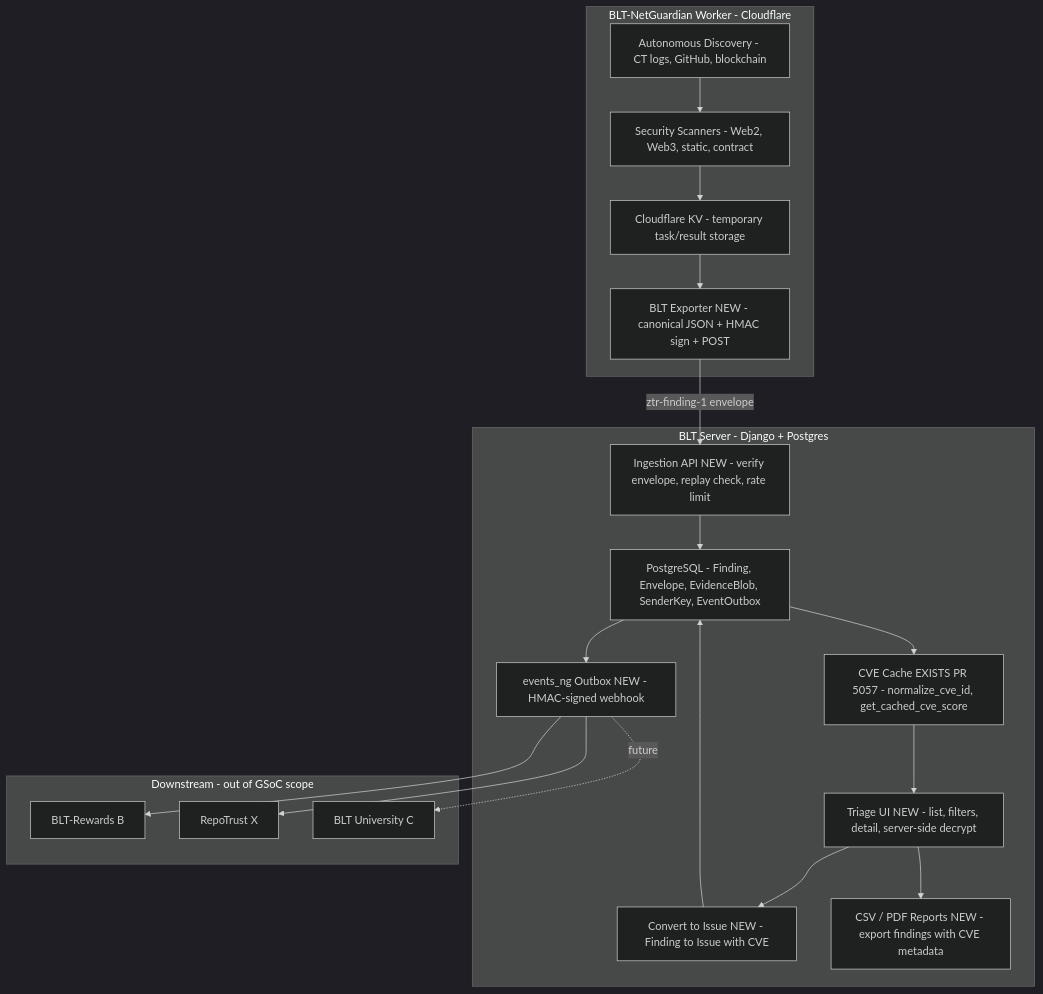
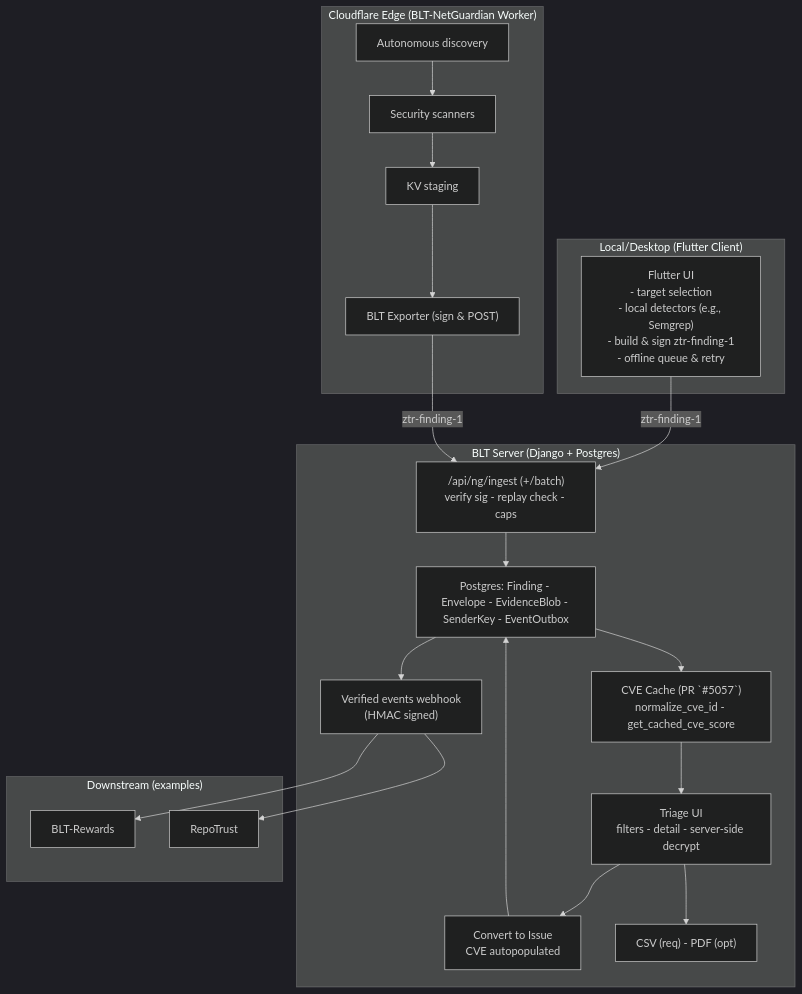
Before and after one commit to Pritz395/Just-the-approach-: the diagram in README.md, drawn with Mermaid (dark theme).

````diff
--- a/README.md
+++ b/README.md
@@ -38,40 +38,36 @@
 ```mermaid
 flowchart TB
-    subgraph Worker["BLT-NetGuardian Worker - Cloudflare"]
-        Discovery["Autonomous Discovery - CT logs, GitHub, blockchain"]
-        Scanners["Security Scanners - Web2, Web3, static, contract"]
-        KV["Cloudflare KV - temporary task/result storage"]
-        Exporter["BLT Exporter NEW - canonical JSON + HMAC sign + POST"]
-    end
+  subgraph Local["Local/Desktop (Flutter Client)"]
+    FC["Flutter UI<br/>- target selection<br/>- local detectors (e.g., Semgrep)<br/>- build & sign ztr-finding-1<br/>- offline queue & retry"]
+  end
 
-    subgraph BLT["BLT Server - Django + Postgres"]
-        Ingest["Ingestion API NEW - verify envelope, replay check, rate limit"]
-        DB["PostgreSQL - Finding, Envelope, EvidenceBlob, SenderKey, EventOutbox"]
-        CVE["CVE Cache EXISTS PR 5057 - normalize_cve_id, get_cached_cve_score"]
-        Triage["Triage UI NEW - list, filters, detail, server-side decrypt"]
-        Convert["Convert to Issue NEW - Finding to Issue with CVE"]
-        Reports["CSV / PDF Reports NEW - export findings with CVE metadata"]
-        Webhook["events_ng Outbox NEW - HMAC-signed webhook"]
-    end
+  subgraph Worker["Cloudflare Edge (BLT-NetGuardian Worker)"]
+    Disc["Autonomous discovery"]
+    Scan["Security scanners"]
+    KV["KV staging"]
+    Exp["BLT Exporter (sign & POST)"]
+  end
 
-    subgraph Downstream["Downstream - out of GSoC scope"]
-        Rewards["BLT-Rewards B"]
-        RepoTrust["RepoTrust X"]
-        University["BLT University C"]
-    end
+  subgraph BLT["BLT Server (Django + Postgres)"]
+    Ingest["/api/ng/ingest (+/batch)<br/>verify sig - replay check - caps"]
+    DB["Postgres: Finding - Envelope - EvidenceBlob - SenderKey - EventOutbox"]
+    CVE["CVE Cache (PR `#5057`)<br/>normalize_cve_id - get_cached_cve_score"]
+    Triage["Triage UI<br/>filters - detail - server-side decrypt"]
+    Issue["Convert to Issue<br/>CVE autopopulated"]
+    Events["Verified events webhook<br/>(HMAC signed)"]
+    Reports["CSV (req) - PDF (opt)"]
+  end
 
-    Discovery --> Scanners
-    Scanners --> KV
-    KV --> Exporter
-    Exporter -->|ztr-finding-1 envelope| Ingest
-    Ingest --> DB
-    DB --> CVE
-    CVE --> Triage
-    Triage --> Convert
-    Convert --> DB
-    DB --> Webhook
-    Triage --> Reports
-    Webhook --> Rewards
-    Webhook --> RepoTrust
-    Webhook -.->|future| University
+  subgraph Downstream["Downstream (examples)"]
+    Rewards["BLT-Rewards"]
+    RepoTrust["RepoTrust"]
+  end
+
+  FC -->|ztr-finding-1| Ingest
+  Disc --> Scan --> KV --> Exp -->|ztr-finding-1| Ingest
+  Ingest --> DB --> CVE --> Triage --> Issue --> DB --> Events
+  Triage --> Reports
+  Events --> Rewards
+  Events --> RepoTrust
+
 ```
````
